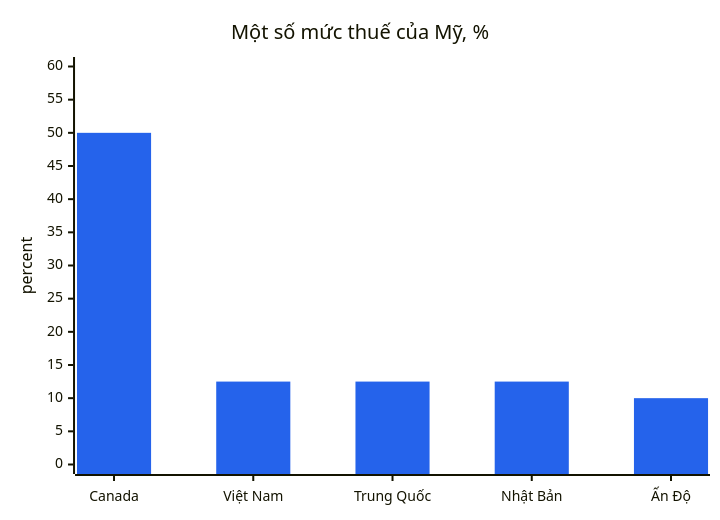
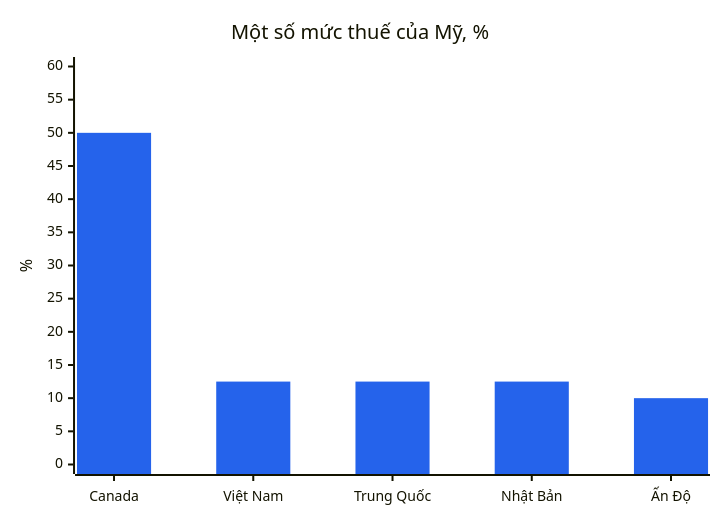
Before and after one commit to dureach/research: the first of 15 diagrams in Global-Trade-Intelligence-weekly-2026-11-23/index.vi.md, drawn with Mermaid. The commit also changed other lines of this file and 5 other files, not shown here.

````diff
--- a/Global-Trade-Intelligence-weekly-2026-11-23/index.vi.md
+++ b/Global-Trade-Intelligence-weekly-2026-11-23/index.vi.md
@@ -218,8 +218,8 @@
 ```mermaid
 %%{init: {'theme': 'base', 'themeVariables': {'xyChart': {'plotColorPalette': '#2563eb'}}}}%%
 xychart-beta
     title "Một số mức thuế của Mỹ, %"
     x-axis ["Canada", "Việt Nam", "Trung Quốc", "Nhật Bản", "Ấn Độ"]
-    y-axis "percent" 0 --> 60
+    y-axis "%" 0 --> 60
     bar [50, 12.5, 12.5, 12.5, 10]
 ```
````
